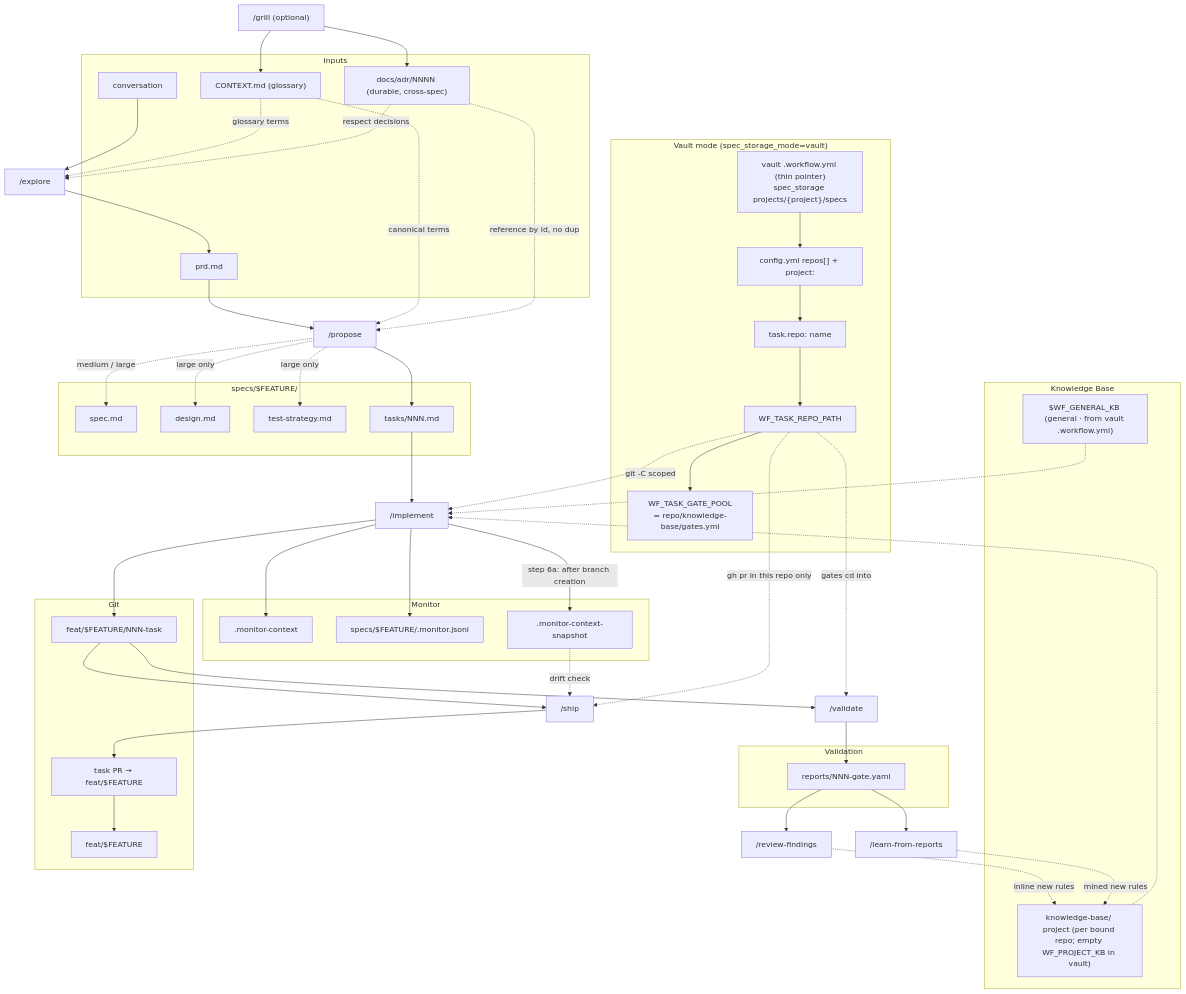
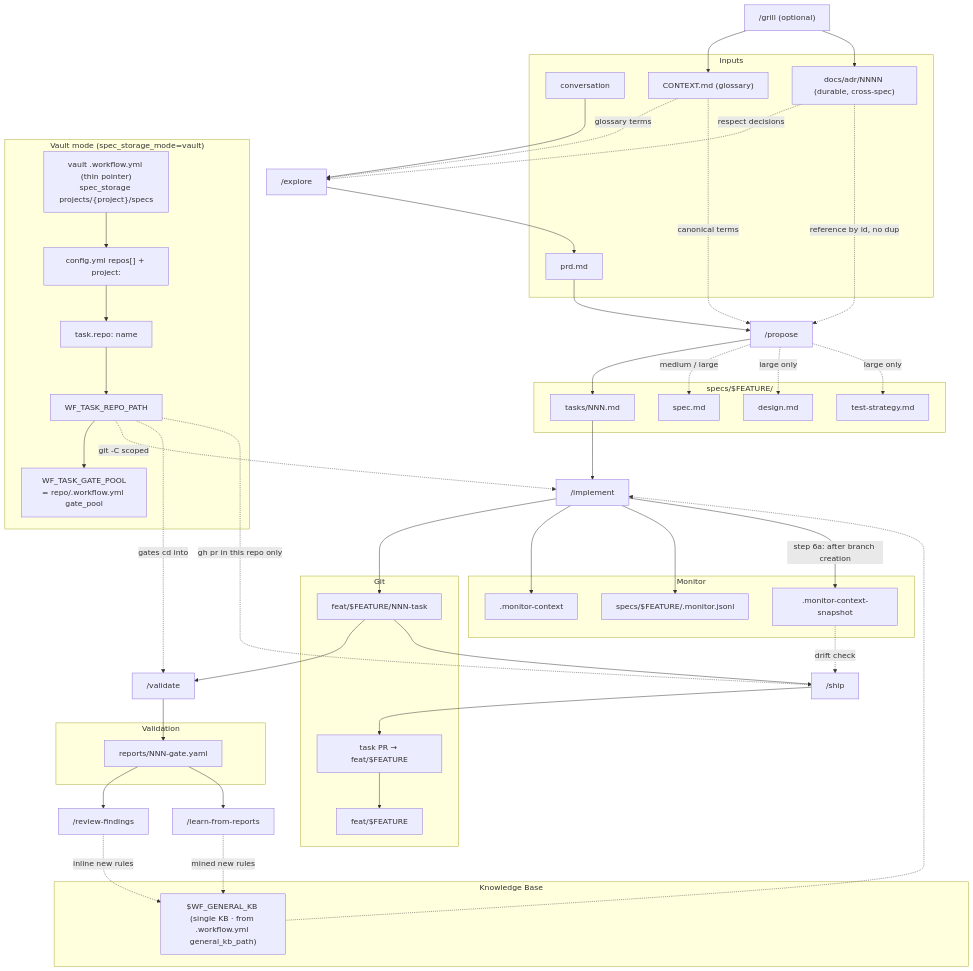
Before and after one commit to AlarQ/SDD-hub: the fifth of 16 diagrams in docs/workflow-diagram.md, drawn with Mermaid. The commit also changed other lines of this file and 102 other files, not shown here.

```diff
--- a/docs/workflow-diagram.md
+++ b/docs/workflow-diagram.md
@@ -208,8 +208,7 @@
     end
 
     subgraph KB["Knowledge Base"]
-        GKB["$WF_GENERAL_KB (general · from vault .workflow.yml)"]
-        PKB["knowledge-base/ project (per bound repo; empty WF_PROJECT_KB in vault)"]
+        GKB["$WF_GENERAL_KB (single KB · from .workflow.yml general_kb_path)"]
     end
 
     subgraph Git
@@ -223,7 +222,7 @@
         REPOS["config.yml repos[] + project:"]
         TASK_REPO[task.repo: name]
         WTRP[WF_TASK_REPO_PATH]
-        WTGP["WF_TASK_GATE_POOL<br/>= repo/knowledge-base/gates.yml"]
+        WTGP["WF_TASK_GATE_POOL<br/>= repo/.workflow.yml gate_pool"]
         THIN --> REPOS
         REPOS --> TASK_REPO
         TASK_REPO --> WTRP
@@ -252,7 +251,6 @@
 
     TASKS --> IM["/implement"]
     GKB -.-> IM
-    PKB -.-> IM
     IM --> TBR
     IM --> CTX
     IM --> JSONL
@@ -261,9 +259,9 @@
     TBR --> VA["/validate"]
     VA --> REPORTS
     REPORTS --> RF["/review-findings"]
-    RF -.->|inline new rules| PKB
+    RF -.->|inline new rules| GKB
     REPORTS --> LFR["/learn-from-reports"]
-    LFR -.->|mined new rules| PKB
+    LFR -.->|mined new rules| GKB
 
     TBR --> SH["/ship"]
     SNAP -.->|drift check| SH
```
